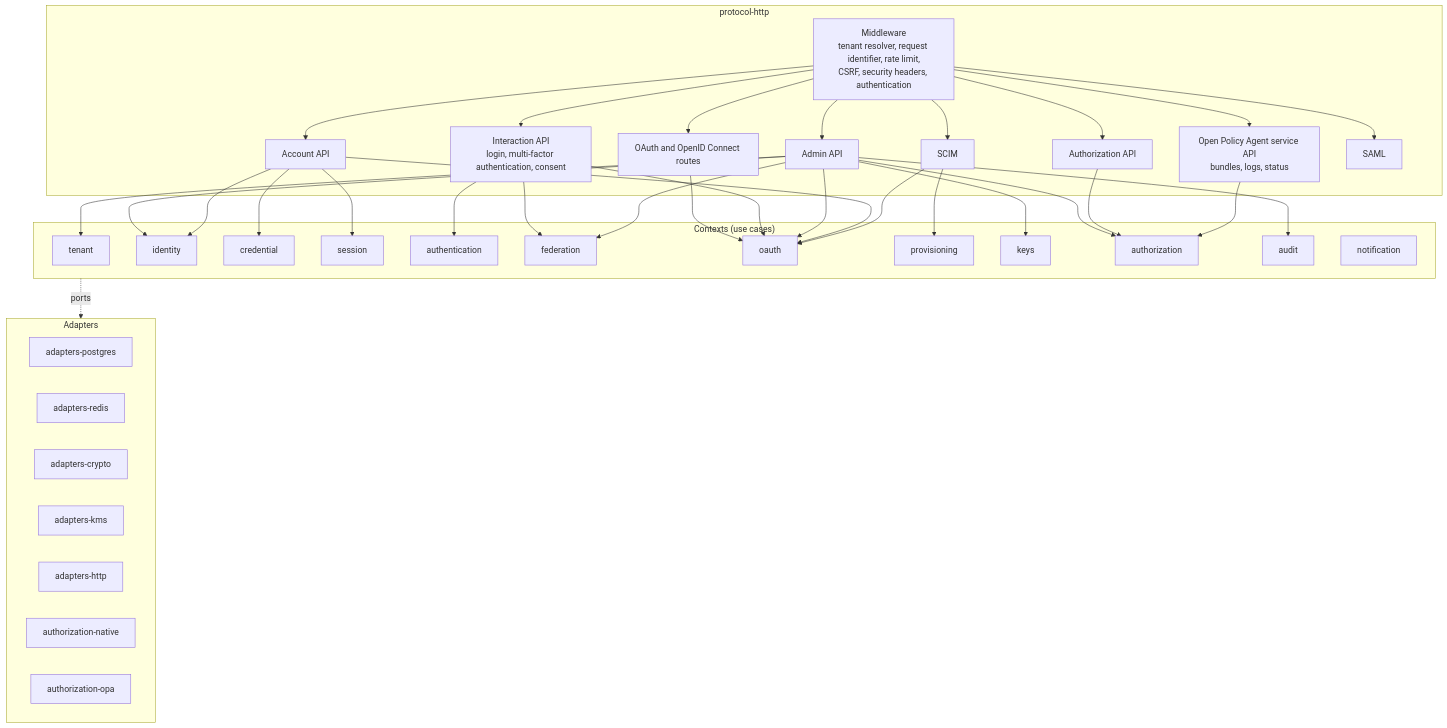
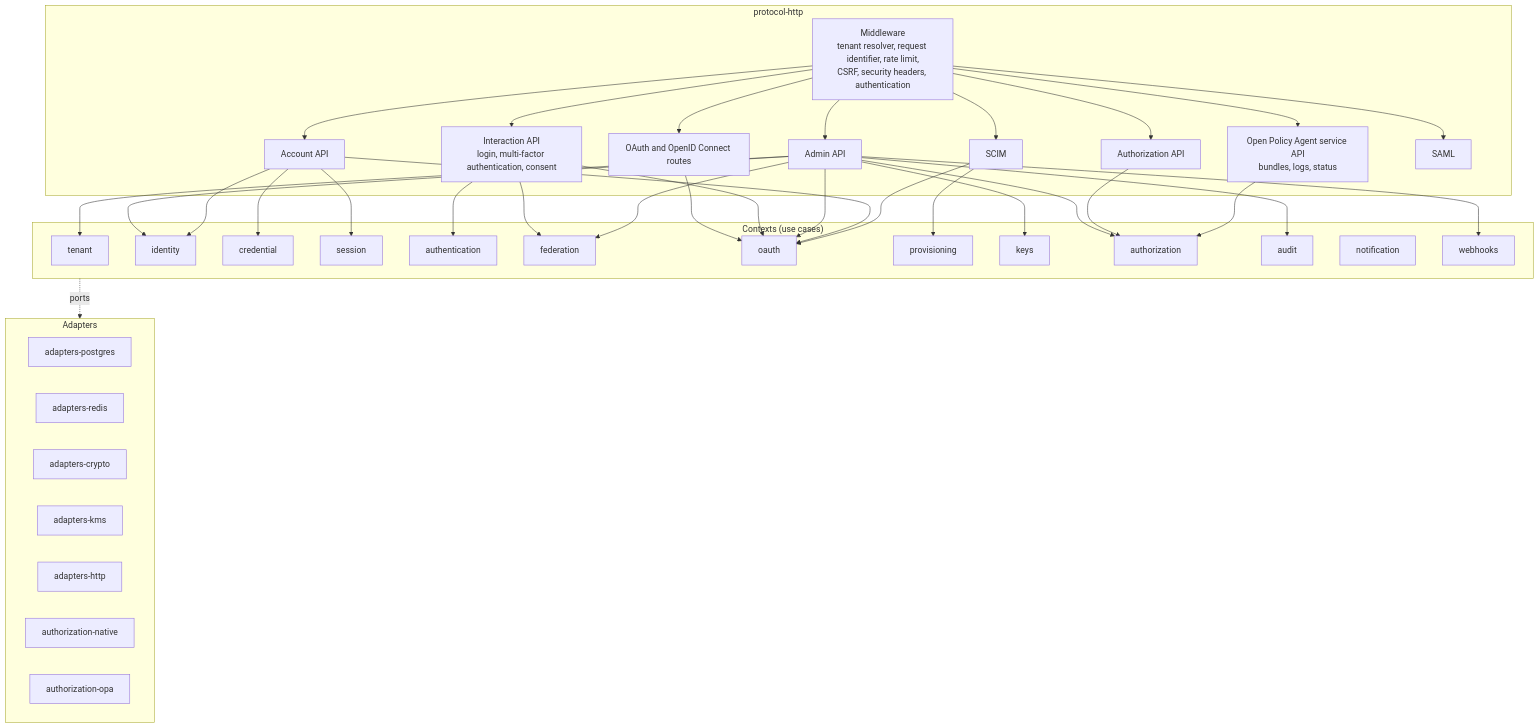
Before and after one commit to ortisun/hodor: the third of 5 diagrams in docs/architecture/overview.md, drawn with Mermaid. The commit also changed other lines of this file and 15 other files, not shown here.

````diff
--- a/docs/architecture/overview.md
+++ b/docs/architecture/overview.md
@@ -108,49 +108,50 @@
 ```mermaid
 flowchart TB
     subgraph protocolHttp["protocol-http"]
         middleware["Middleware<br/>tenant resolver, request identifier, rate limit,<br/>CSRF, security headers, authentication"]
         oauthRoutes["OAuth and OpenID Connect routes"]
         interactionRoutes["Interaction API<br/>login, multi-factor authentication, consent"]
         adminRoutes["Admin API"]
         accountRoutes["Account API"]
         authorizationRoutes["Authorization API"]
         policyAgentRoutes["Open Policy Agent service API<br/>bundles, logs, status"]
         scimRoutes["SCIM"]
         samlRoutes["SAML"]
     end
 
     subgraph contexts["Contexts (use cases)"]
         tenant
         identity
         credential
         session
         authentication
         federation
         oauth
         provisioning
         keys
         authorization
         audit
         notification
+        webhooks
     end
 
     subgraph adapters["Adapters"]
         adaptersPostgres["adapters-postgres"]
         adaptersRedis["adapters-redis"]
         adaptersCrypto["adapters-crypto"]
         adaptersKeyService["adapters-kms"]
         adaptersHttp["adapters-http"]
         authorizationNative["authorization-native"]
         authorizationPolicyAgent["authorization-opa"]
     end
 
     middleware --> oauthRoutes & interactionRoutes & adminRoutes & accountRoutes & authorizationRoutes & policyAgentRoutes & scimRoutes & samlRoutes
     oauthRoutes --> oauth
     interactionRoutes --> authentication & federation & oauth
-    adminRoutes --> tenant & identity & oauth & federation & authorization & audit & keys
+    adminRoutes --> tenant & identity & oauth & federation & authorization & audit & keys & webhooks
     accountRoutes --> identity & credential & session & oauth
     authorizationRoutes --> authorization
     policyAgentRoutes --> authorization
     scimRoutes --> provisioning & oauth
     contexts -. "ports" .-> adapters
 ```
````
